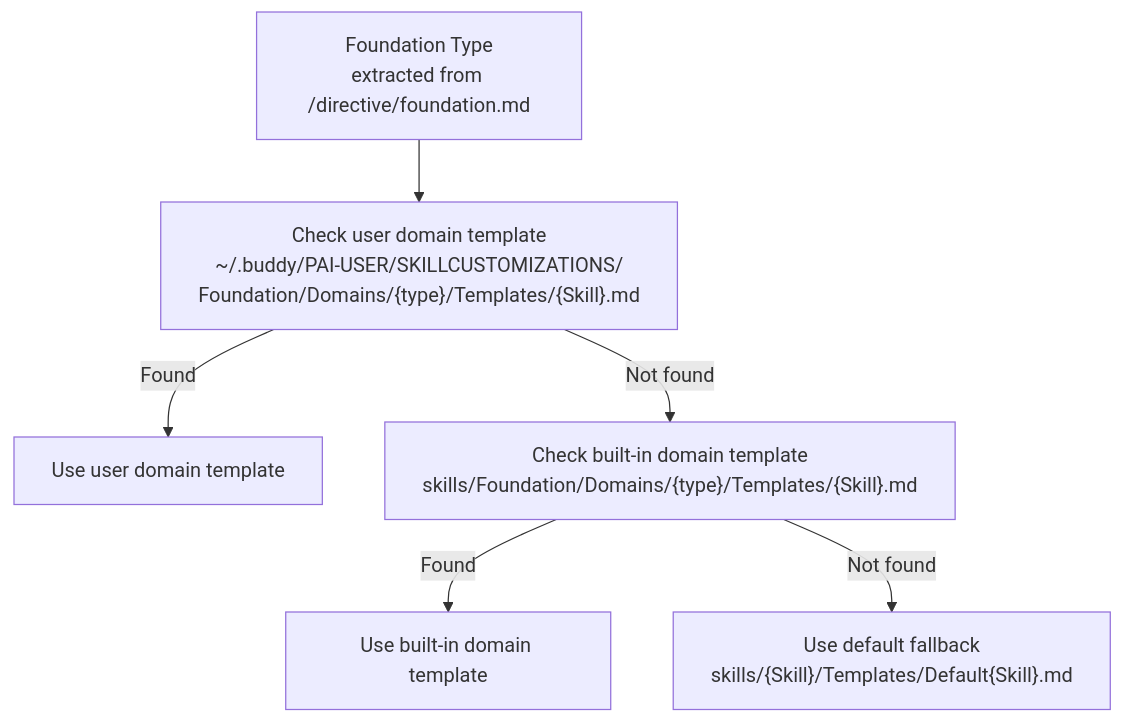
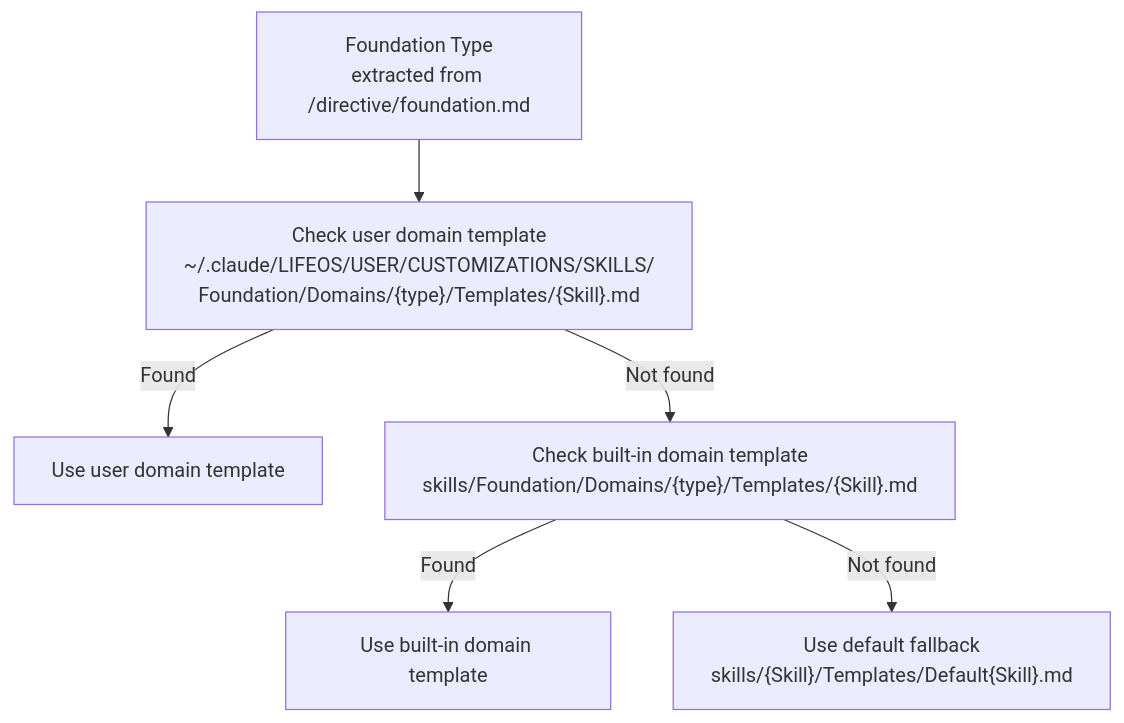
The third of 5 diagrams in plugins/buddy/docs/architecture.md (rsts-dev/claude-buddy-marketplace), drawn with Mermaid before and after one commit. The commit also changed other lines of this file and 94 other files, not shown here.

````diff
--- a/plugins/buddy/docs/architecture.md
+++ b/plugins/buddy/docs/architecture.md
@@ -145,8 +145,8 @@
 ```mermaid
 flowchart TD
-    Start["Foundation Type<br/>extracted from /directive/foundation.md"] --> User["Check user domain template<br/>~/.buddy/PAI-USER/SKILLCUSTOMIZATIONS/<br/>Foundation/Domains/{type}/Templates/{Skill}.md"]
+    Start["Foundation Type<br/>extracted from /directive/foundation.md"] --> User["Check user domain template<br/>~/.claude/LIFEOS/USER/CUSTOMIZATIONS/SKILLS/<br/>Foundation/Domains/{type}/Templates/{Skill}.md"]
     User -->|Found| UseUser["Use user domain template"]
     User -->|Not found| Builtin["Check built-in domain template<br/>skills/Foundation/Domains/{type}/Templates/{Skill}.md"]
     Builtin -->|Found| UseBuiltin["Use built-in domain template"]
     Builtin -->|Not found| Fallback["Use default fallback<br/>skills/{Skill}/Templates/Default{Skill}.md"]
 ```
````
